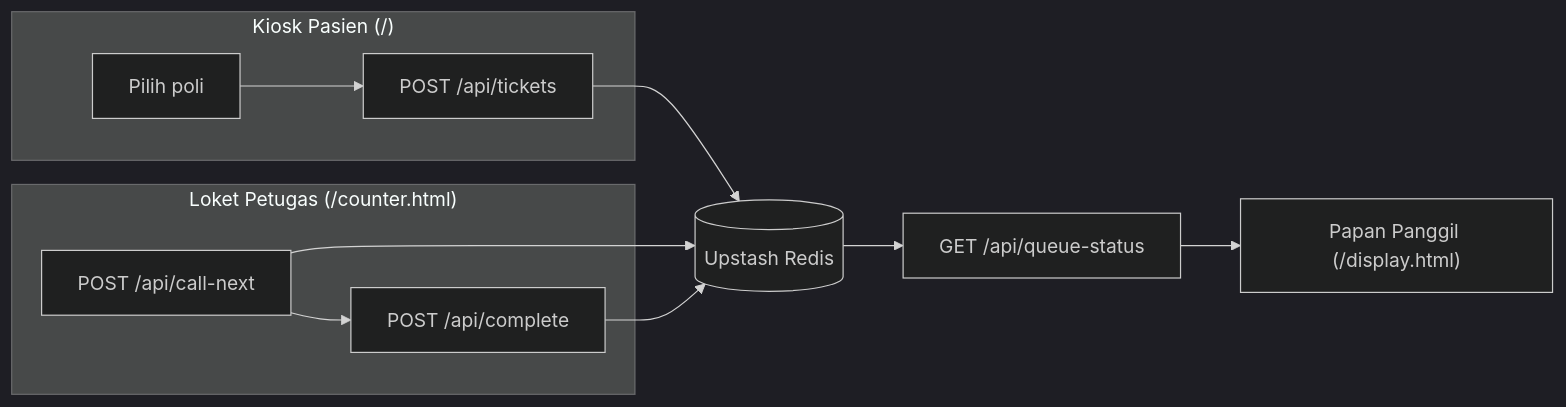
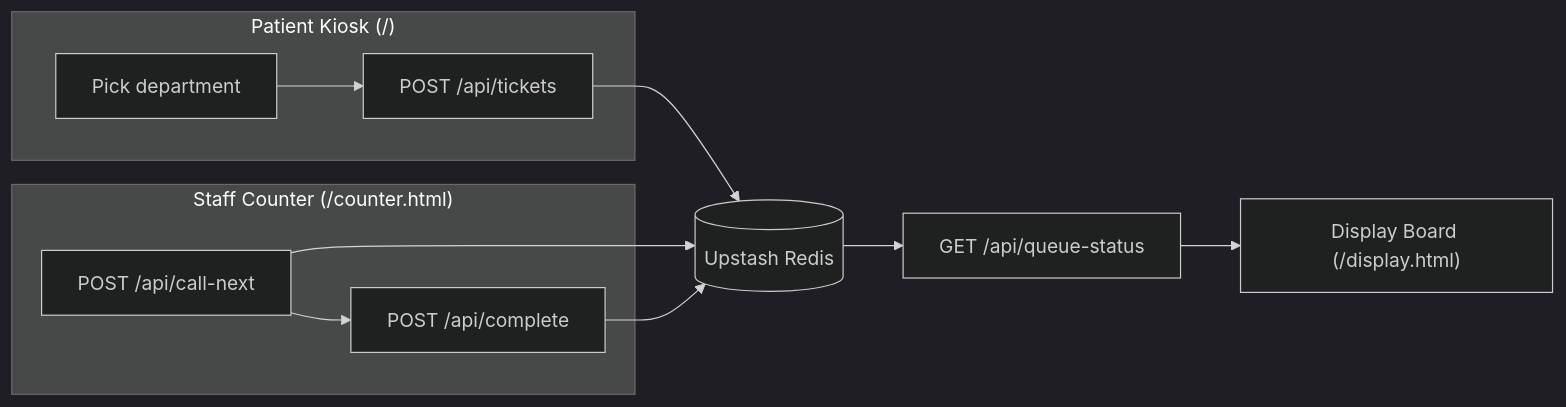
One commit to WahyuAriyadi/Hospital-queueflow changed the diagram in README.md. Above: the diagram before and after it, drawn with Mermaid (dark theme). The commit also changed other lines of this file, not shown here.

````diff
--- a/README.md
+++ b/README.md
@@ -21,16 +24,16 @@
 ```mermaid
 flowchart LR
-    subgraph Kiosk["Kiosk Pasien (/)"]
-        A[Pilih poli] --> B["POST /api/tickets"]
+    subgraph Kiosk["Patient Kiosk (/)"]
+        A[Pick department] --> B["POST /api/tickets"]
     end
 
-    subgraph Loket["Loket Petugas (/counter.html)"]
+    subgraph Counter["Staff Counter (/counter.html)"]
         C["POST /api/call-next"] --> D["POST /api/complete"]
     end
 
     B --> R[(Upstash Redis)]
     C --> R
     D --> R
     R --> E["GET /api/queue-status"]
-    E --> F["Papan Panggil (/display.html)"]
+    E --> F["Display Board (/display.html)"]
 ```
````
